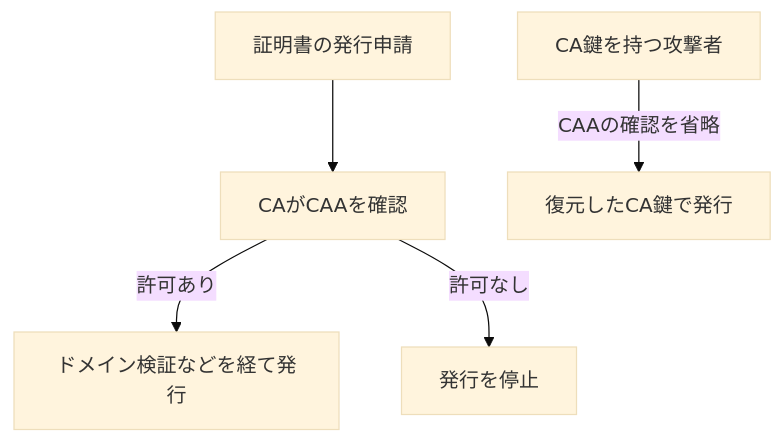
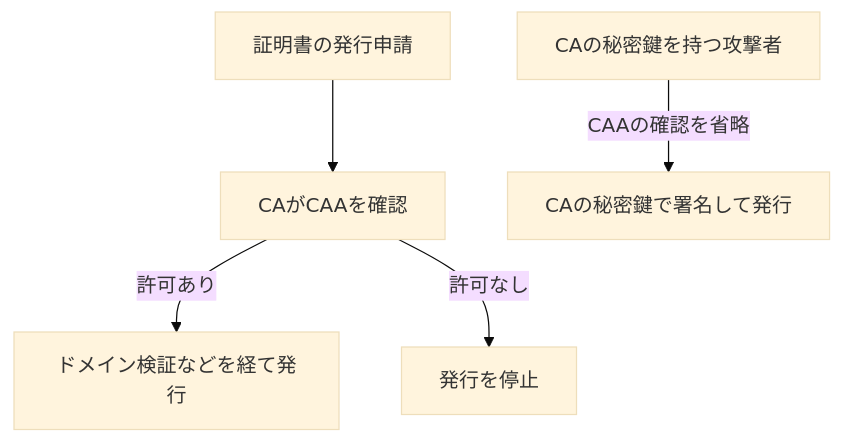
The seventh of 9 diagrams in docs/security/20261113-tls-pki-emudhra.md (aurora1530/learning-materials), drawn with Mermaid (base theme) before and after one commit. The commit also changed other lines of this file, not shown here.

````diff
--- a/docs/security/20261113-tls-pki-emudhra.md
+++ b/docs/security/20261113-tls-pki-emudhra.md
@@ -182,7 +228,7 @@
 ```mermaid
 flowchart TD
     A["証明書の発行申請"] --> B["CAがCAAを確認"]
     B -->|許可あり| C["ドメイン検証などを経て発行"]
     B -->|許可なし| D["発行を停止"]
-    E["CA鍵を持つ攻撃者"] -->|CAAの確認を省略| F["復元したCA鍵で発行"]
+    E["CAの秘密鍵を持つ攻撃者"] -->|CAAの確認を省略| F["CAの秘密鍵で署名して発行"]
 ```
````
